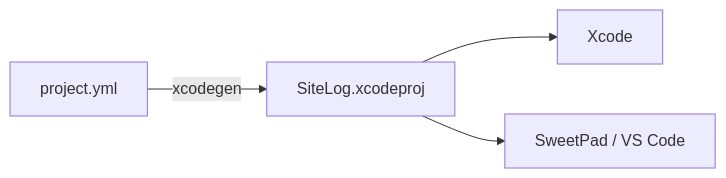
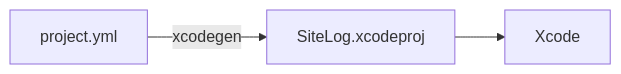
Before and after one commit to DAMHONGDUC/site-log-ios: the diagram in docs/dev-docs/xcodegen.md, drawn with Mermaid. The commit also changed other lines of this file and 10 other files, not shown here.

````diff
--- a/docs/dev-docs/xcodegen.md
+++ b/docs/dev-docs/xcodegen.md
@@ -6,6 +6,5 @@
 ```mermaid
 flowchart LR
     Y["project.yml"] -->|"xcodegen"| P["SiteLog.xcodeproj"]
     P --> X["Xcode"]
-    P --> S["SweetPad / VS Code"]
 ```
````
